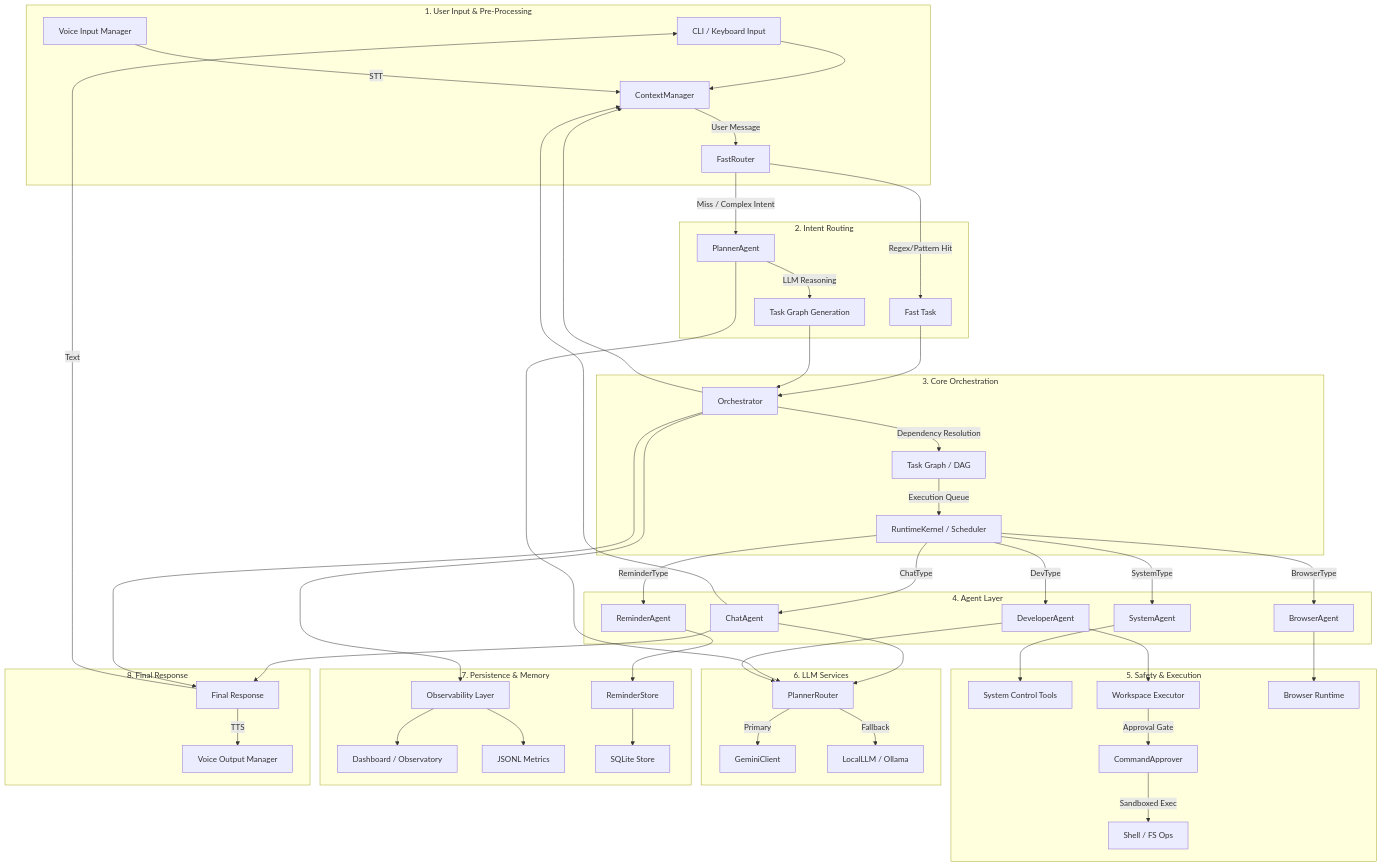
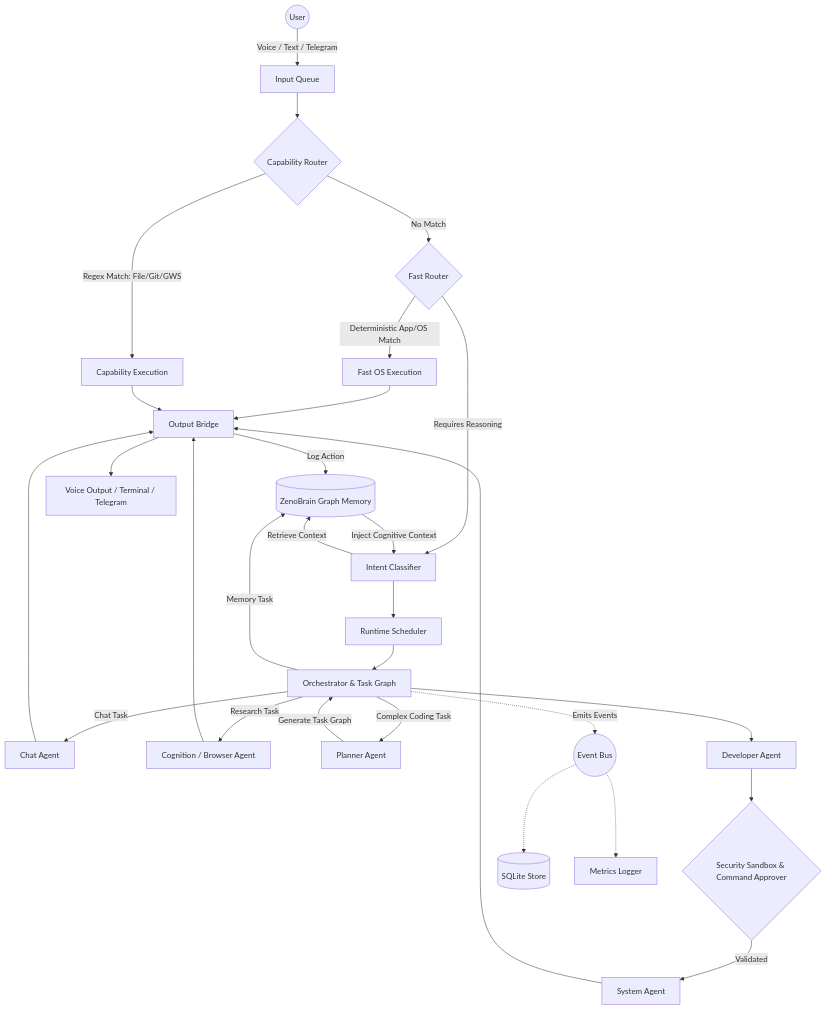
One commit to Dipan2004/Zeno- changed the first of 2 diagrams in README.md. Above: the diagram before and after it, drawn with Mermaid. The commit also changed other lines of this file, not shown here.

````diff
--- a/README.md
+++ b/README.md
@@ -62,59 +49,52 @@
 ```mermaid
 graph TD
-    subgraph "1. User Input & Pre-Processing"
-        UI_T[CLI / Keyboard Input] --> CM[ContextManager]
-        UI_V[Voice Input Manager] -->|STT| CM
-        CM -->|User Message| FR[FastRouter]
-    end
-
-    subgraph "2. Intent Routing"
-        FR -->|Regex/Pattern Hit| FT[Fast Task]
-        FR -->|Miss / Complex Intent| PL[PlannerAgent]
-        PL -->|LLM Reasoning| PG[Task Graph Generation]
-    end
-
-    subgraph "3. Core Orchestration"
-        FT --> OR[Orchestrator]
-        PG --> OR
-        OR -->|Dependency Resolution| TG[Task Graph / DAG]
-        TG -->|Execution Queue| RE[RuntimeKernel / Scheduler]
-    end
-
-    subgraph "4. Agent Layer"
-        RE -->|ChatType| AG_C[ChatAgent]
-        RE -->|SystemType| AG_S[SystemAgent]
-        RE -->|DevType| AG_D[DeveloperAgent]
-        RE -->|BrowserType| AG_B[BrowserAgent]
-        RE -->|ReminderType| AG_R[ReminderAgent]
-    end
-
-    subgraph "5. Safety & Execution"
-        AG_S --> SY[System Control Tools]
-        AG_D --> WS[Workspace Executor]
-        AG_B --> BR[Browser Runtime]
-        WS -->|Approval Gate| CA[CommandApprover]
-        CA -->|Sandboxed Exec| SH[Shell / FS Ops]
-    end
-
-    subgraph "6. LLM Services"
-        AG_C & PL & AG_D --> PR[PlannerRouter]
-        PR -->|Primary| GM[GeminiClient]
-        PR -->|Fallback| LL[LocalLLM / Ollama]
-    end
-
-    subgraph "7. Persistence & Memory"
-        AG_R --> RS[ReminderStore]
-        OR & AG_C --> CM
-        OR --> OB[Observability Layer]
-        OB --> DS[Dashboard / Observatory]
-        OB --> JL[JSONL Metrics]
-        RS --> SL[SQLite Store]
-    end
-
-    subgraph "8. Final Response"
-        AG_C & OR --> RP[Final Response]
-        RP -->|Text| UI_T
-        RP -->|TTS| VO[Voice Output Manager]
-    end
-
+    %% Input Layer
+    User((User)) -->|Voice / Text / Telegram| Input[Input Queue]
+    
+    %% Fast Deterministic Routing
+    Input --> CapRouter{Capability Router}
+    CapRouter -->|Regex Match: File/Git/GWS| CapExecute[Capability Execution]
+    CapRouter -->|No Match| FastRouter{Fast Router}
+    
+    FastRouter -->|Deterministic App/OS Match| FastPath[Fast OS Execution]
+    FastPath --> Output[Output Bridge]
+    CapExecute --> Output
+    
+    %% Cognitive AI Routing
+    FastRouter -->|Requires Reasoning| Intent[Intent Classifier]
+    
+    %% Memory Subsystem
+    Intent -->|Retrieve Context| Brain[(ZenoBrain Graph Memory)]
+    Brain -->|Inject Cognitive Context| Intent
+    
+    %% Core Kernel Delegation
+    Intent --> Scheduler[Runtime Scheduler]
+    Scheduler --> Orchestrator[Orchestrator & Task Graph]
+    
+    %% Agent Registry
+    Orchestrator -->|Chat Task| ChatAgent[Chat Agent]
+    Orchestrator -->|Memory Task| Brain
+    Orchestrator -->|Research Task| BrowserAgent[Cognition / Browser Agent]
+    Orchestrator -->|Complex Coding Task| Planner[Planner Agent]
+    
+    %% Planner and Swarm Execution
+    Planner -->|Generate Task Graph| Orchestrator
+    Orchestrator --> DevAgent[Developer Agent]
+    
+    %% Security & System
+    DevAgent --> Sandbox{Security Sandbox & Command Approver}
+    Sandbox -->|Validated| SysAgent[System Agent]
+    
+    %% Event Bus & Storage
+    Orchestrator -.->|Emits Events| EventBus((Event Bus))
+    EventBus -.-> SQLite[(SQLite Store)]
+    EventBus -.-> Metrics[Metrics Logger]
+    
+    %% Output
+    ChatAgent --> Output
+    BrowserAgent --> Output
+    SysAgent --> Output
+    
+    Output --> TTS[Voice Output / Terminal / Telegram]
+    Output -->|Log Action| Brain
 ```
````
